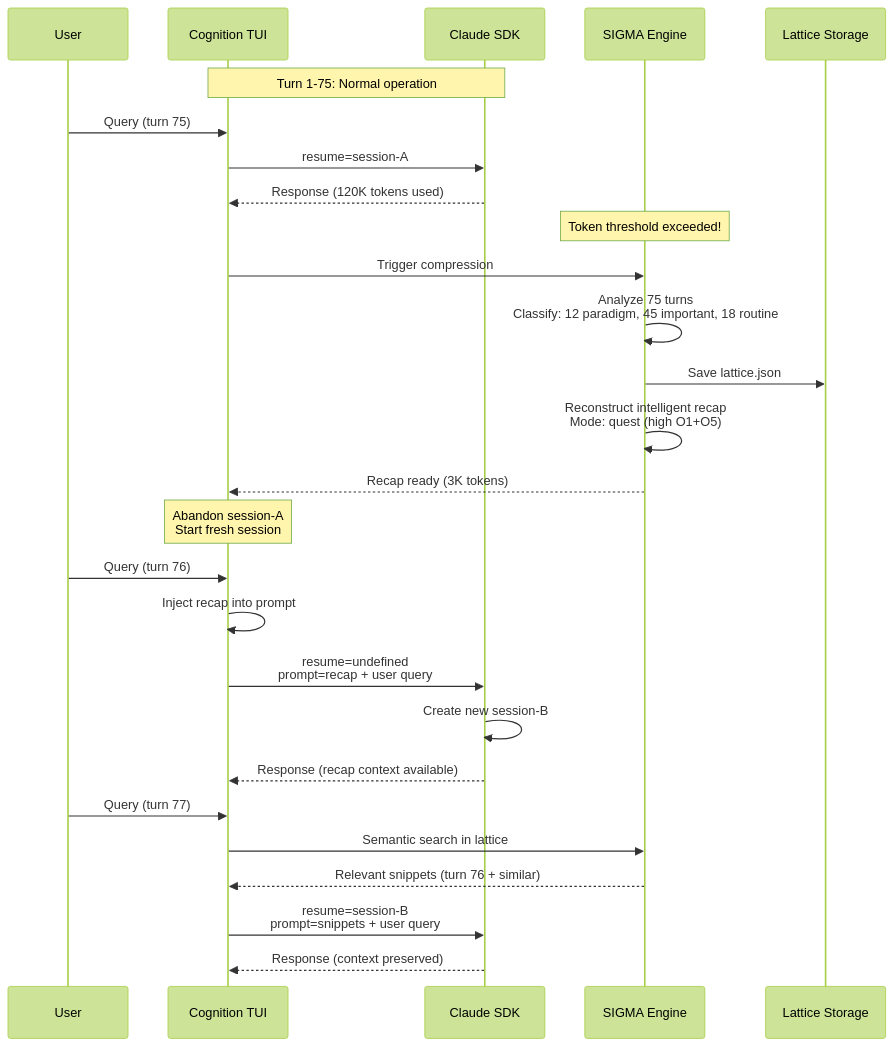
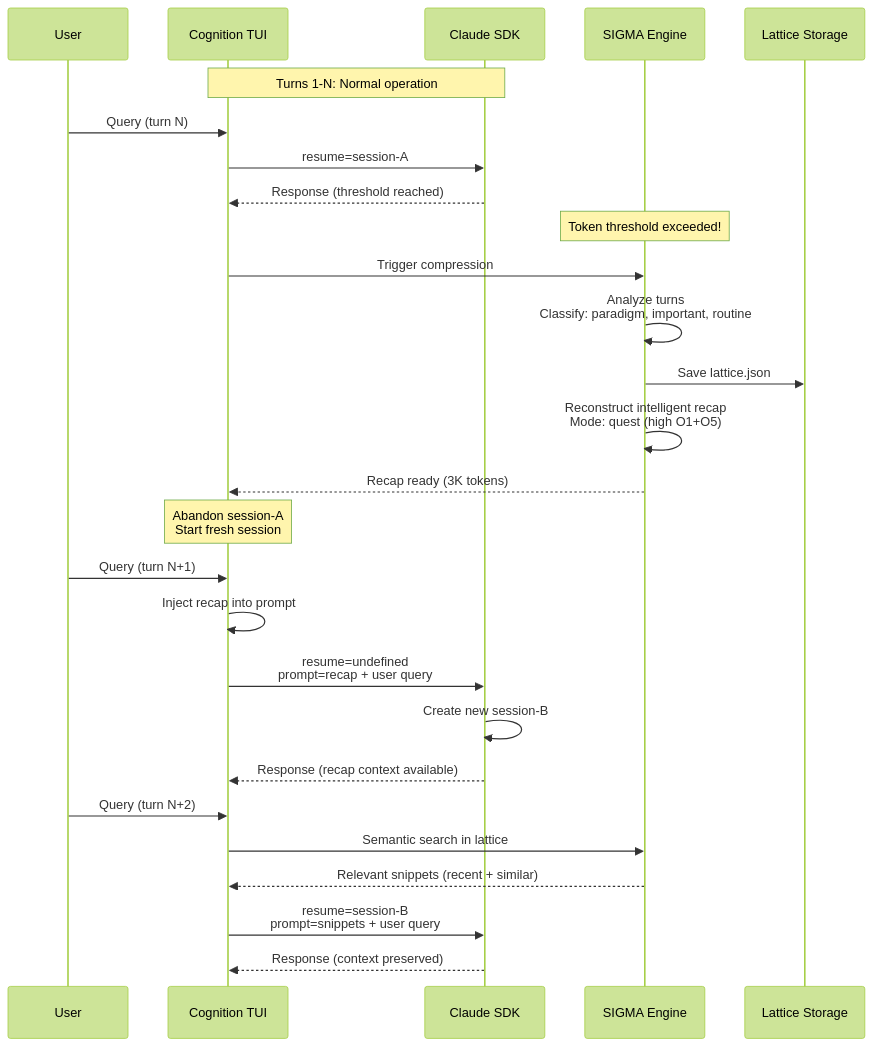
Before and after one commit to mirzahusadzic/cogx: the sixth of 11 diagrams in src/cognition-cli/SIGMA_CONTEXT_ARCHITECTURE.md, drawn with Mermaid (forest theme). The commit also changed other lines of this file and 12 other files, not shown here.

````diff
--- a/src/cognition-cli/SIGMA_CONTEXT_ARCHITECTURE.md
+++ b/src/cognition-cli/SIGMA_CONTEXT_ARCHITECTURE.md
@@ -399,34 +401,34 @@
 ```mermaid
 sequenceDiagram
     participant User
     participant TUI as Cognition TUI
     participant SDK as Claude SDK
     participant Sigma as SIGMA Engine
     participant Lattice as Lattice Storage
 
-    Note over TUI,SDK: Turn 1-75: Normal operation
-    User->>TUI: Query (turn 75)
+    Note over TUI,SDK: Turns 1-N: Normal operation
+    User->>TUI: Query (turn N)
     TUI->>SDK: resume=session-A
-    SDK-->>TUI: Response (120K tokens used)
+    SDK-->>TUI: Response (threshold reached)
 
     Note over Sigma: Token threshold exceeded!
     TUI->>Sigma: Trigger compression
-    Sigma->>Sigma: Analyze 75 turns<br/>Classify: 12 paradigm, 45 important, 18 routine
+    Sigma->>Sigma: Analyze turns<br/>Classify: paradigm, important, routine
     Sigma->>Lattice: Save lattice.json
     Sigma->>Sigma: Reconstruct intelligent recap<br/>Mode: quest (high O1+O5)
     Sigma-->>TUI: Recap ready (3K tokens)
 
     Note over TUI: Abandon session-A<br/>Start fresh session
 
-    User->>TUI: Query (turn 76)
+    User->>TUI: Query (turn N+1)
     TUI->>TUI: Inject recap into prompt
     TUI->>SDK: resume=undefined<br/>prompt=recap + user query
     SDK->>SDK: Create new session-B
     SDK-->>TUI: Response (recap context available)
 
-    User->>TUI: Query (turn 77)
+    User->>TUI: Query (turn N+2)
     TUI->>Sigma: Semantic search in lattice
-    Sigma-->>TUI: Relevant snippets (turn 76 + similar)
+    Sigma-->>TUI: Relevant snippets (recent + similar)
     TUI->>SDK: resume=session-B<br/>prompt=snippets + user query
     SDK-->>TUI: Response (context preserved)
 ```
````
